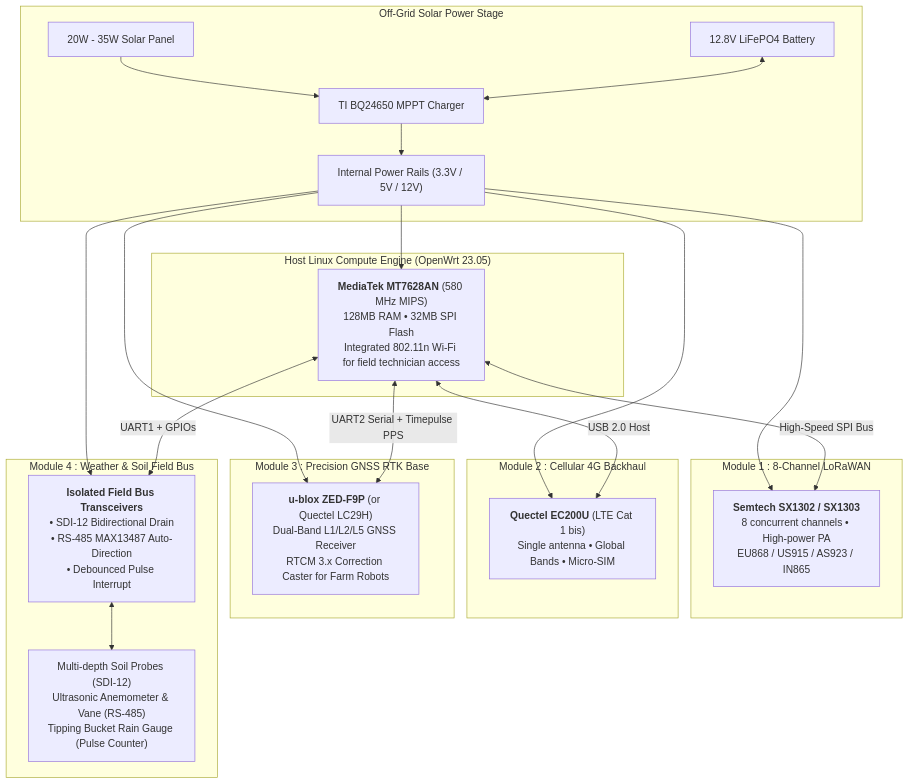
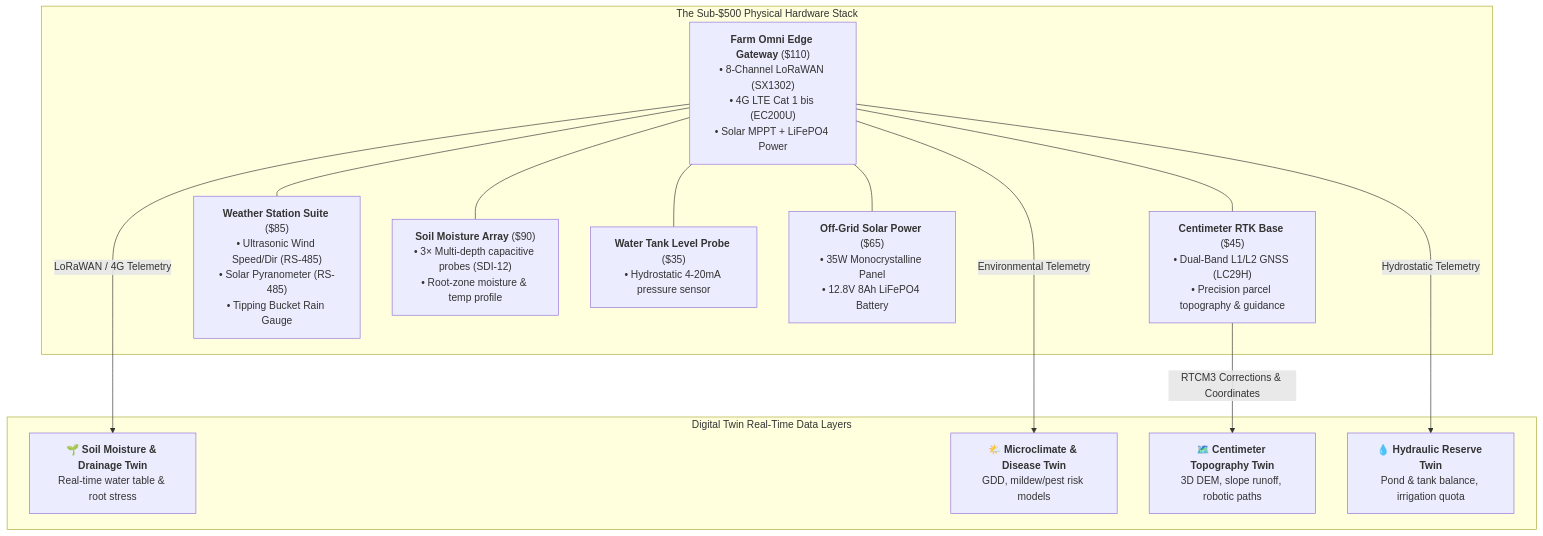
One commit to crapougnax/farm-omni-gw changed the diagram in README.md. Above: the diagram before and after it, drawn with Mermaid. The commit also changed other lines of this file and 2 other files, not shown here.

Commit message:
refactor: re-frame project around the sub-$500 farm digital twin paradigm

````diff
--- a/README.md
+++ b/README.md
@@ -23,41 +27,29 @@
 ```mermaid
 flowchart TD
-    subgraph "Off-Grid Solar Power Stage"
-        Solar["20W - 35W Solar Panel"] --> MPPT["TI BQ24650 MPPT Charger"]
-        Battery["12.8V LiFePO4 Battery"] <--> MPPT
-        MPPT --> PowerBus["Internal Power Rails (3.3V / 5V / 12V)"]
+    subgraph "The Sub-$500 Physical Hardware Stack"
+        GW["<b>Farm Omni Edge Gateway</b> ($110)<br>• 8-Channel LoRaWAN (SX1302)<br>• 4G LTE Cat 1 bis (EC200U)<br>• Solar MPPT + LiFePO4 Power"]
+        RTK["<b>Centimeter RTK Base</b> ($45)<br>• Dual-Band L1/L2 GNSS (LC29H)<br>• Precision parcel topography & guidance"]
+        Weather["<b>Weather Station Suite</b> ($85)<br>• Ultrasonic Wind Speed/Dir (RS-485)<br>• Solar Pyranometer (RS-485)<br>• Tipping Bucket Rain Gauge"]
+        Soil["<b>Soil Moisture Array</b> ($90)<br>• 3× Multi-depth capacitive probes (SDI-12)<br>• Root-zone moisture & temp profile"]
+        Water["<b>Water Tank Level Probe</b> ($35)<br>• Hydrostatic 4-20mA pressure sensor"]
+        SolarPack["<b>Off-Grid Solar Power</b> ($65)<br>• 35W Monocrystalline Panel<br>• 12.8V 8Ah LiFePO4 Battery"]
     end
 
-    subgraph "Host Linux Compute Engine (OpenWrt 23.05)"
-        SoC["<b>MediaTek MT7628AN</b> (580 MHz MIPS)<br>128MB RAM • 32MB SPI Flash<br>Integrated 802.11n Wi-Fi for field technician access"]
+    subgraph "Digital Twin Real-Time Data Layers"
+        DT1["🌱 <b>Soil Moisture & Drainage Twin</b><br>Real-time water table & root stress"]
+        DT2["🌤️ <b>Microclimate & Disease Twin</b><br>GDD, mildew/pest risk models"]
+        DT3["🗺️ <b>Centimeter Topography Twin</b><br>3D DEM, slope runoff, robotic paths"]
+        DT4["💧 <b>Hydraulic Reserve Twin</b><br>Pond & tank balance, irrigation quota"]
     end
 
-    subgraph "Module 1 : 8-Channel LoRaWAN"
-        SX1302["<b>Semtech SX1302 / SX1303</b><br>8 concurrent channels • High-power PA<br>EU868 / US915 / AS923 / IN865"]
-    end
+    GW --- SolarPack
+    GW --- RTK
+    GW --- Weather
+    GW --- Soil
+    GW --- Water
 
-    subgraph "Module 2 : Cellular 4G Backhaul"
-        EC200U["<b>Quectel EC200U</b> (LTE Cat 1 bis)<br>Single antenna • Global Bands • Micro-SIM"]
-    end
-
-    subgraph "Module 3 : Precision GNSS RTK Base"
-        RTK["<b>u-blox ZED-F9P</b> (or Quectel LC29H)<br>Dual-Band L1/L2/L5 GNSS Receiver<br>RTCM 3.x Correction Caster for Farm Robots"]
-    end
-
-    subgraph "Module 4 : Weather & Soil Field Bus"
-        FieldSensors["Multi-depth Soil Probes (SDI-12)<br>Ultrasonic Anemometer & Vane (RS-485)<br>Tipping Bucket Rain Gauge (Pulse Counter)"]
-        Transceivers["<b>Isolated Field Bus Transceivers</b><br>• SDI-12 Bidirectional Drain<br>• RS-485 MAX13487 Auto-Direction<br>• Debounced Pulse Interrupt"]
-    end
-
-    PowerBus --> SoC
-    PowerBus --> SX1302
-    PowerBus --> EC200U
-    PowerBus --> RTK
-    PowerBus --> Transceivers
-
-    SoC <-->|High-Speed SPI Bus| SX1302
-    SoC <-->|USB 2.0 Host| EC200U
-    SoC <-->|UART2 Serial + Timepulse PPS| RTK
-    SoC <-->|UART1 + GPIOs| Transceivers
-    Transceivers <--> FieldSensors
+    GW -->|LoRaWAN / 4G Telemetry| DT1
+    GW -->|Environmental Telemetry| DT2
+    RTK -->|RTCM3 Corrections & Coordinates| DT3
+    GW -->|Hydrostatic Telemetry| DT4
 ```
````
